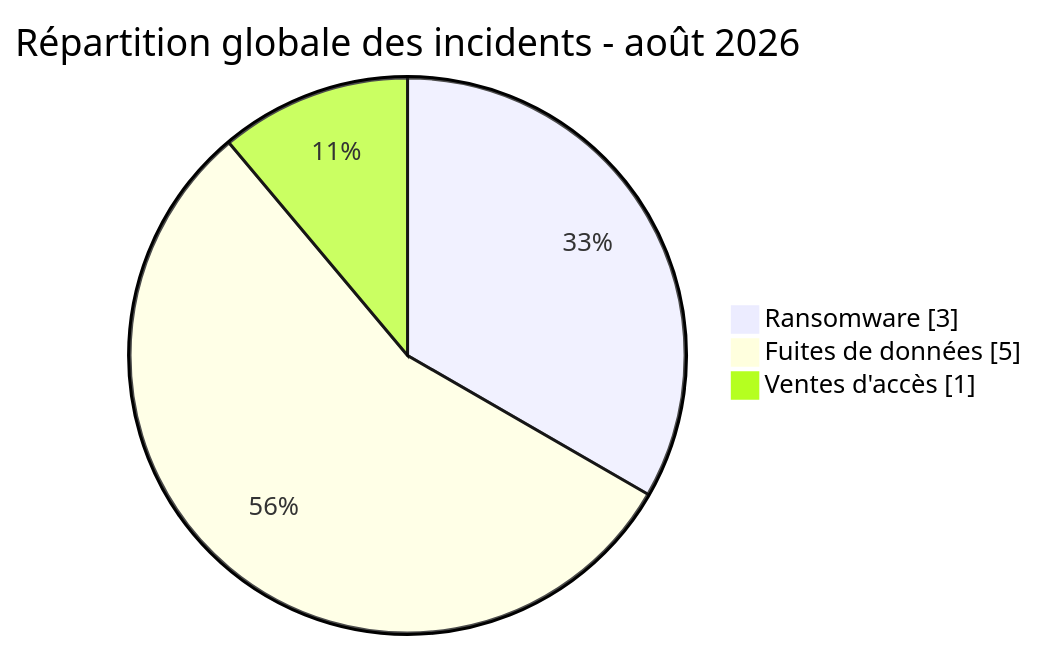
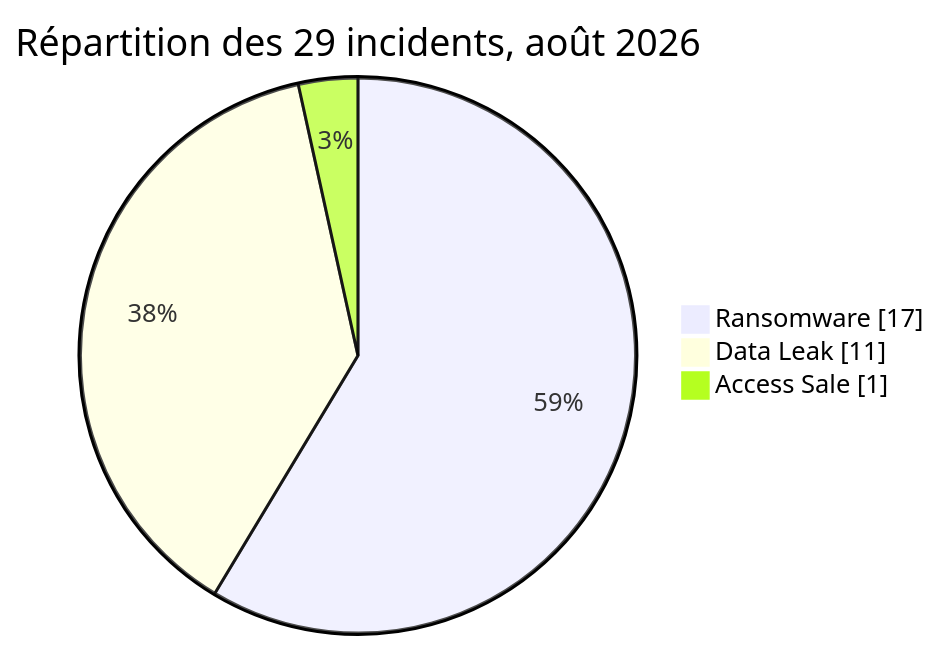
The diagram in statistics/2026/08-august/README_FR.md (Hatchepsoute/AFRINTEL), drawn with Mermaid before and after one commit. The commit also changed other lines of this file and 11 other files, not shown here.

````diff
--- a/statistics/2026/08-august/README_FR.md
+++ b/statistics/2026/08-august/README_FR.md
@@ -47,7 +34,7 @@
-~~~mermaid
+```mermaid
 pie showData
-    title Répartition globale des incidents - août 2026
-    "Ransomware" : 3
-    "Fuites de données" : 5
-    "Ventes d'accès" : 1
-~~~
+    title Répartition des 29 incidents, août 2026
+    "Ransomware" : 17
+    "Data Leak" : 11
+    "Access Sale" : 1
+```
````
